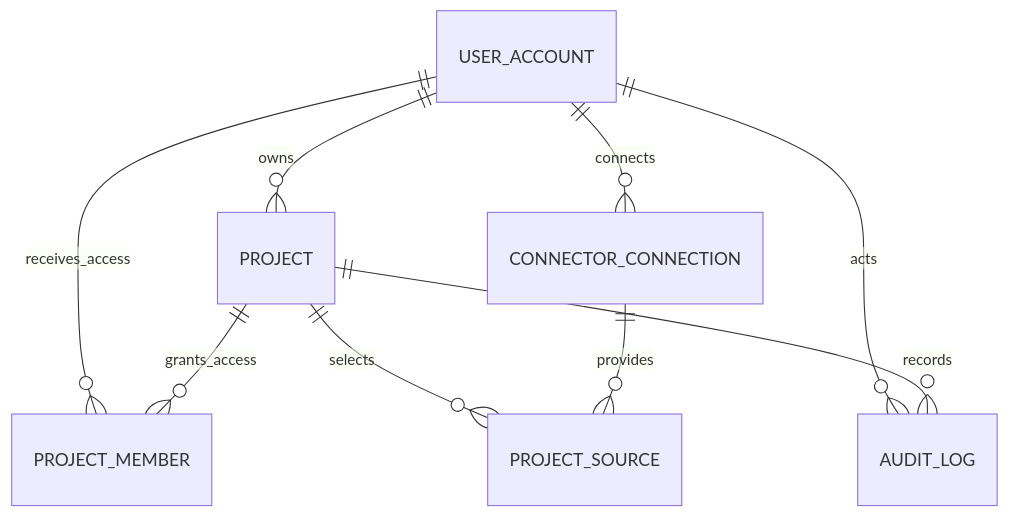
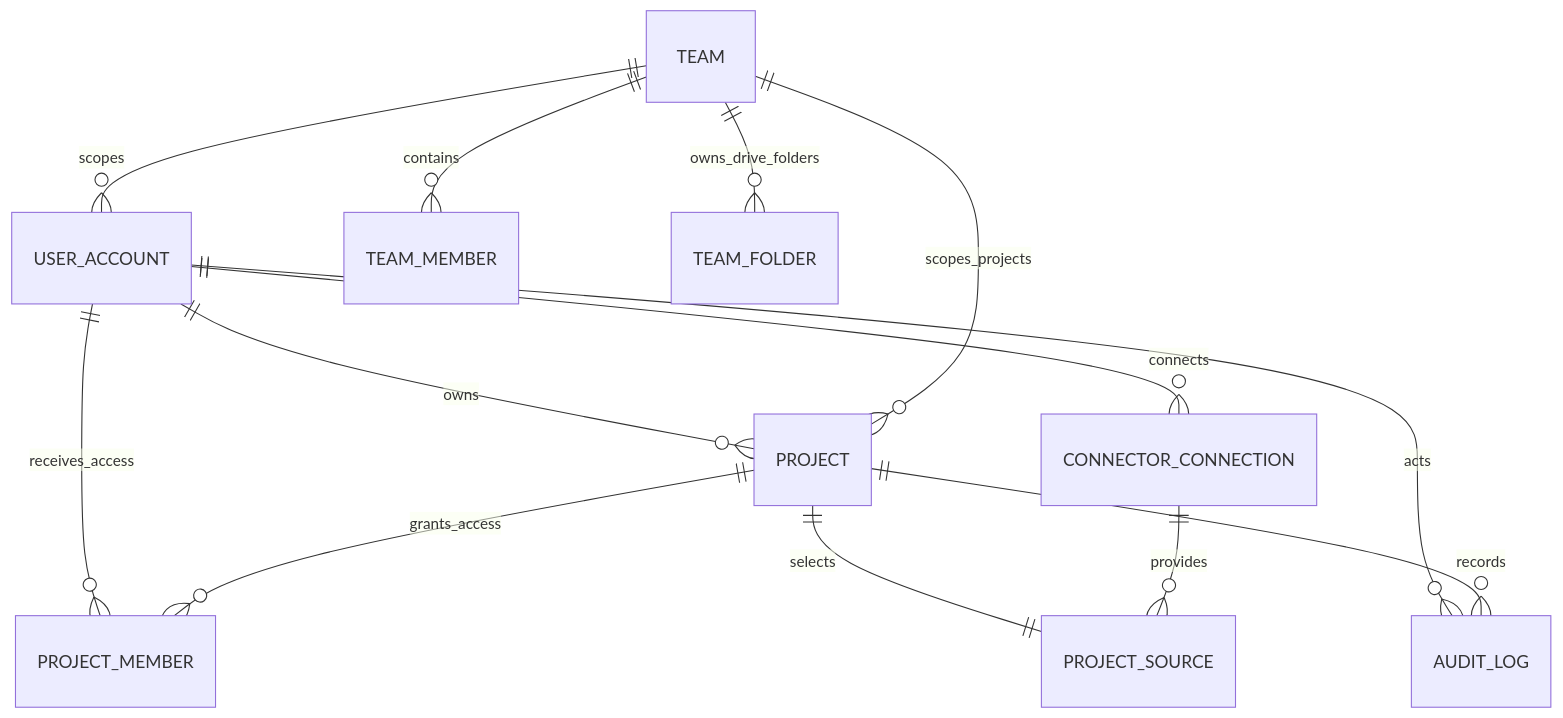
Before and after one commit to SKNETWORKS-FAMILY-AICAMP/SKN29-FINAL-2TEAM: the diagram in docs/2_데이터모델/플랫폼_운영_권한_DB_설계.md, drawn with Mermaid. The commit also changed other lines of this file and 7 other files, not shown here.

````diff
--- a/docs/2_데이터모델/플랫폼_운영_권한_DB_설계.md
+++ b/docs/2_데이터모델/플랫폼_운영_권한_DB_설계.md
@@ -23,11 +23,15 @@
 ```mermaid
 erDiagram
     USER_ACCOUNT ||--o{ PROJECT : owns
     USER_ACCOUNT ||--o{ PROJECT_MEMBER : receives_access
     PROJECT ||--o{ PROJECT_MEMBER : grants_access
     USER_ACCOUNT ||--o{ CONNECTOR_CONNECTION : connects
-    PROJECT ||--o{ PROJECT_SOURCE : selects
+    PROJECT ||--|| PROJECT_SOURCE : selects
     CONNECTOR_CONNECTION ||--o{ PROJECT_SOURCE : provides
     USER_ACCOUNT ||--o{ AUDIT_LOG : acts
     PROJECT ||--o{ AUDIT_LOG : records
+    TEAM ||--o{ USER_ACCOUNT : scopes
+    TEAM ||--o{ TEAM_MEMBER : contains
+    TEAM ||--o{ TEAM_FOLDER : owns_drive_folders
+    TEAM ||--o{ PROJECT : scopes_projects
 ```
````
